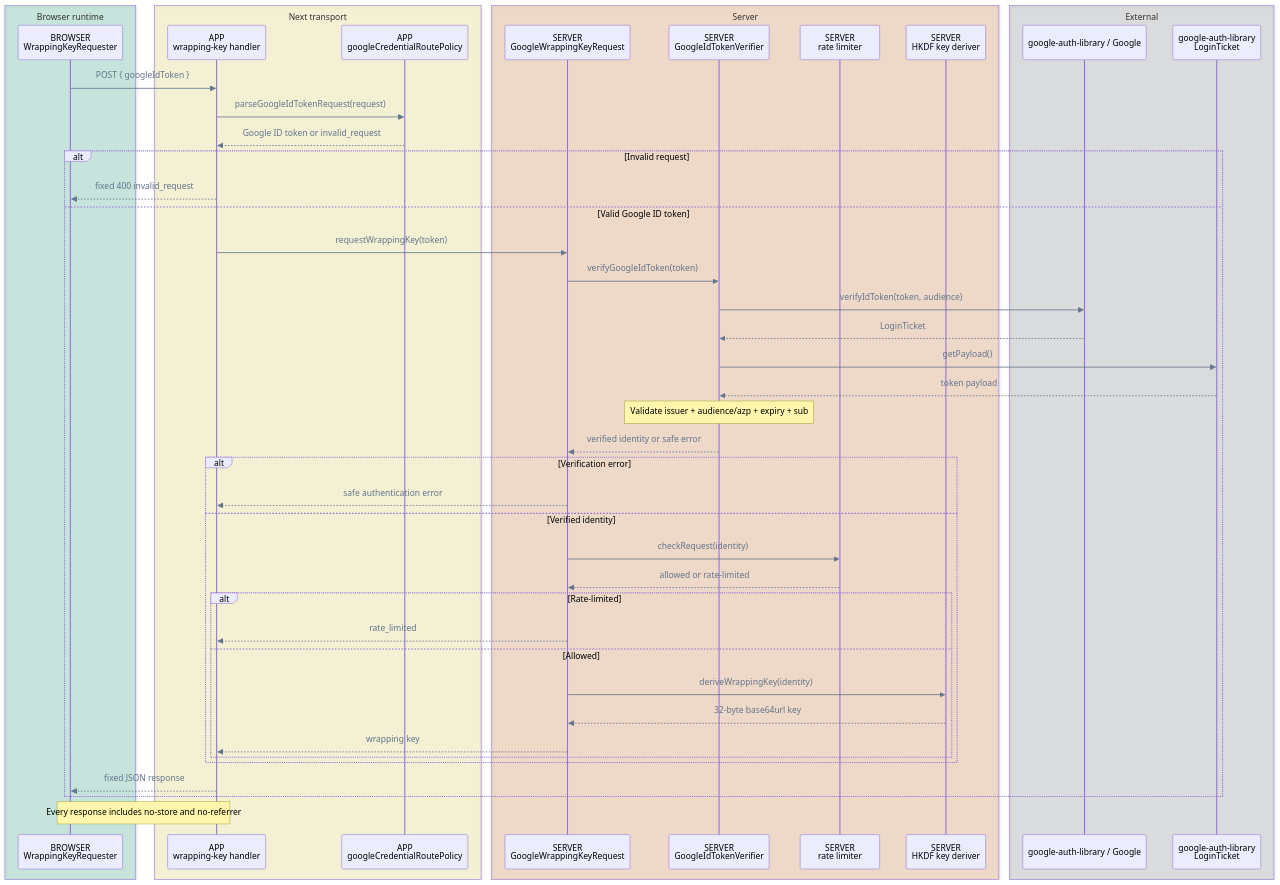
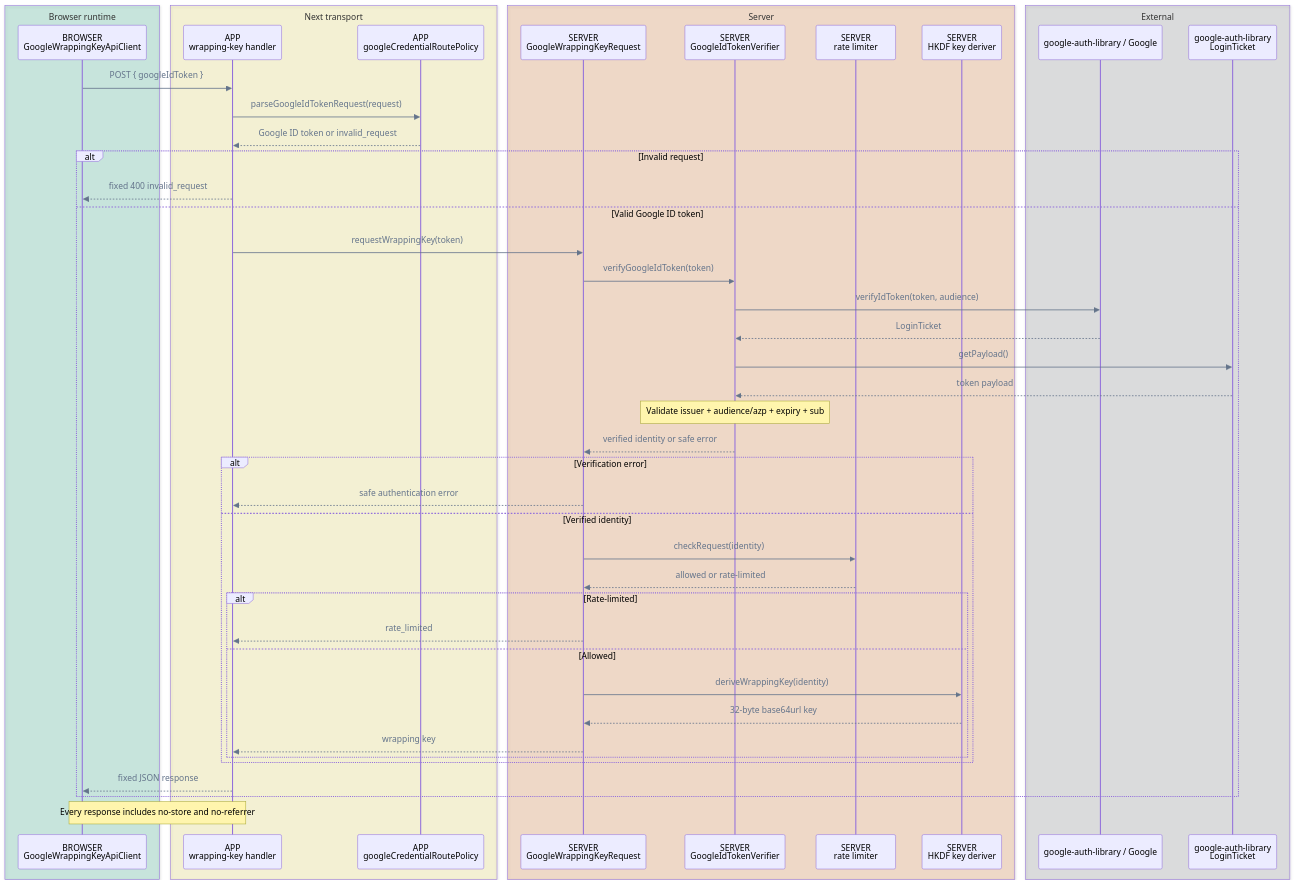
Before and after one commit to pubky/pubky-passport: diagram 13 of 14 in FLOWS.md, drawn with Mermaid. The commit also changed other lines of this file and 73 other files, not shown here.

````diff
--- a/FLOWS.md
+++ b/FLOWS.md
@@ -765,54 +770,54 @@
 ```mermaid
 %%{init: {"themeVariables": {"signalColor": "#64748B", "signalTextColor": "#64748B"}}}%%
 sequenceDiagram
     accTitle: Google wrapping-key API call flow
     accDescr: The route validates its request, verifies provider-account claims, applies a keyed identity rate limit, and derives a wrapping key with HKDF.
     box rgba(0, 158, 115, 0.18) Browser runtime
-        participant Browser as BROWSER<br/>WrappingKeyRequester
+        participant Browser as BROWSER<br/>GoogleWrappingKeyApiClient
     end
     box rgba(240, 228, 66, 0.18) Next transport
         participant Handler as APP<br/>wrapping-key handler
         participant Policy as APP<br/>googleCredentialRoutePolicy
     end
     box rgba(213, 94, 0, 0.18) Server
         participant Request as SERVER<br/>GoogleWrappingKeyRequest
         participant Verifier as SERVER<br/>GoogleIdTokenVerifier
         participant Limiter as SERVER<br/>rate limiter
         participant Deriver as SERVER<br/>HKDF key deriver
     end
     box rgba(17, 24, 39, 0.12) External
         participant Google as google-auth-library / Google
         participant Ticket as google-auth-library<br/>LoginTicket
     end
 
     Browser->>Handler: POST { googleIdToken }
     Handler->>Policy: parseGoogleIdTokenRequest(request)
     Policy-->>Handler: Google ID token or invalid_request
     alt Invalid request
         Handler-->>Browser: fixed 400 invalid_request
     else Valid Google ID token
         Handler->>Request: requestWrappingKey(token)
         Request->>Verifier: verifyGoogleIdToken(token)
         Verifier->>Google: verifyIdToken(token, audience)
         Google-->>Verifier: LoginTicket
         Verifier->>Ticket: getPayload()
         Ticket-->>Verifier: token payload
         Note over Verifier: Validate issuer + audience/azp + expiry + sub
         Verifier-->>Request: verified identity or safe error
         alt Verification error
             Request-->>Handler: safe authentication error
         else Verified identity
             Request->>Limiter: checkRequest(identity)
             Limiter-->>Request: allowed or rate-limited
             alt Rate-limited
                 Request-->>Handler: rate_limited
             else Allowed
                 Request->>Deriver: deriveWrappingKey(identity)
                 Deriver-->>Request: 32-byte base64url key
                 Request-->>Handler: wrapping key
             end
         end
         Handler-->>Browser: fixed JSON response
     end
     Note over Handler,Browser: Every response includes no-store and no-referrer
 ```
````
